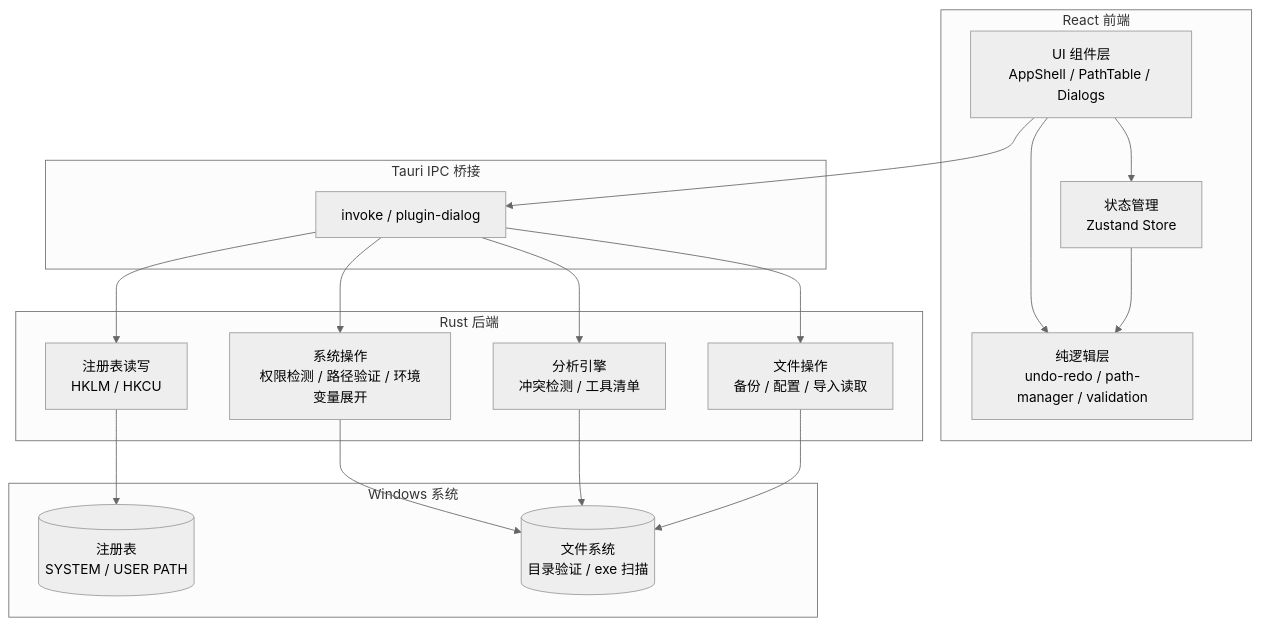
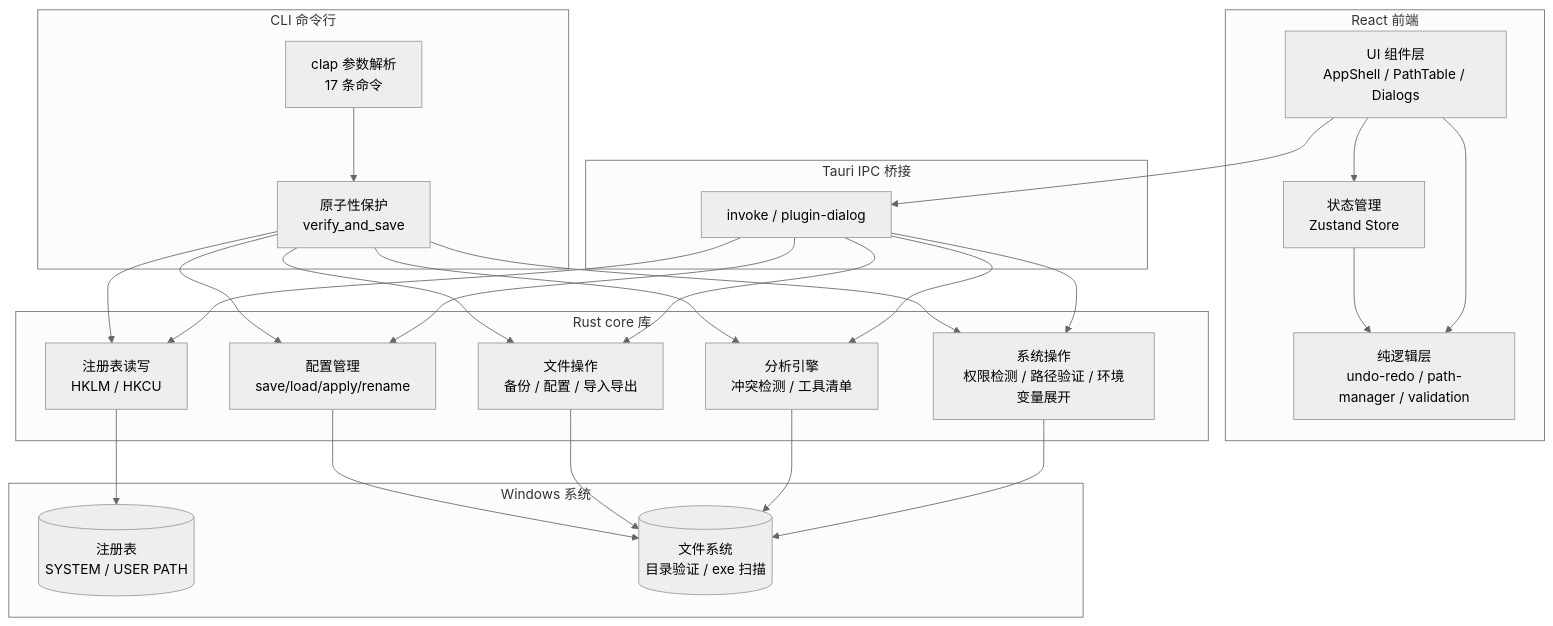
One commit to LHY0125/PathEditor changed the first of 4 diagrams in README.md. Above: the diagram before and after it, drawn with Mermaid (neutral theme). The commit also changed other lines of this file, not shown here.

Commit message:
docs: 架构图补充 CLI 流程 — 总览图加 clap/原子性 + 新增 CLI 操作时序图

````diff
--- a/README.md
+++ b/README.md
@@ -27,37 +27,51 @@
 ```mermaid
 graph TB
     subgraph 前端["React 前端"]
         UI[UI 组件层<br/>AppShell / PathTable / Dialogs]
         Store[状态管理<br/>Zustand Store]
         Core[纯逻辑层<br/>undo-redo / path-manager / validation]
         UI --> Store
         UI --> Core
         Store --> Core
     end
 
+    subgraph CLI["CLI 命令行"]
+        Clap[clap 参数解析<br/>17 条命令]
+        Atomic[原子性保护<br/>verify_and_save]
+    end
+
     subgraph IPC["Tauri IPC 桥接"]
         invoke[invoke / plugin-dialog]
     end
 
-    subgraph 后端["Rust 后端"]
+    subgraph 后端["Rust core 库"]
         Registry[注册表读写<br/>HKLM / HKCU]
         System[系统操作<br/>权限检测 / 路径验证 / 环境变量展开]
-        Files[文件操作<br/>备份 / 配置 / 导入读取]
+        Files[文件操作<br/>备份 / 配置 / 导入导出]
         Scanner[分析引擎<br/>冲突检测 / 工具清单]
+        Profiles[配置管理<br/>save/load/apply/rename]
     end
 
     subgraph Windows["Windows 系统"]
         Reg[(注册表<br/>SYSTEM / USER PATH)]
         FS[(文件系统<br/>目录验证 / exe 扫描)]
     end
 
     UI --> invoke
     invoke --> Registry
     invoke --> System
     invoke --> Files
     invoke --> Scanner
+    invoke --> Profiles
+    Clap --> Atomic
+    Atomic --> Registry
+    Atomic --> System
+    Atomic --> Files
+    Atomic --> Scanner
+    Atomic --> Profiles
     Registry --> Reg
     System --> FS
     Scanner --> FS
     Files --> FS
+    Profiles --> FS
 ```
````
